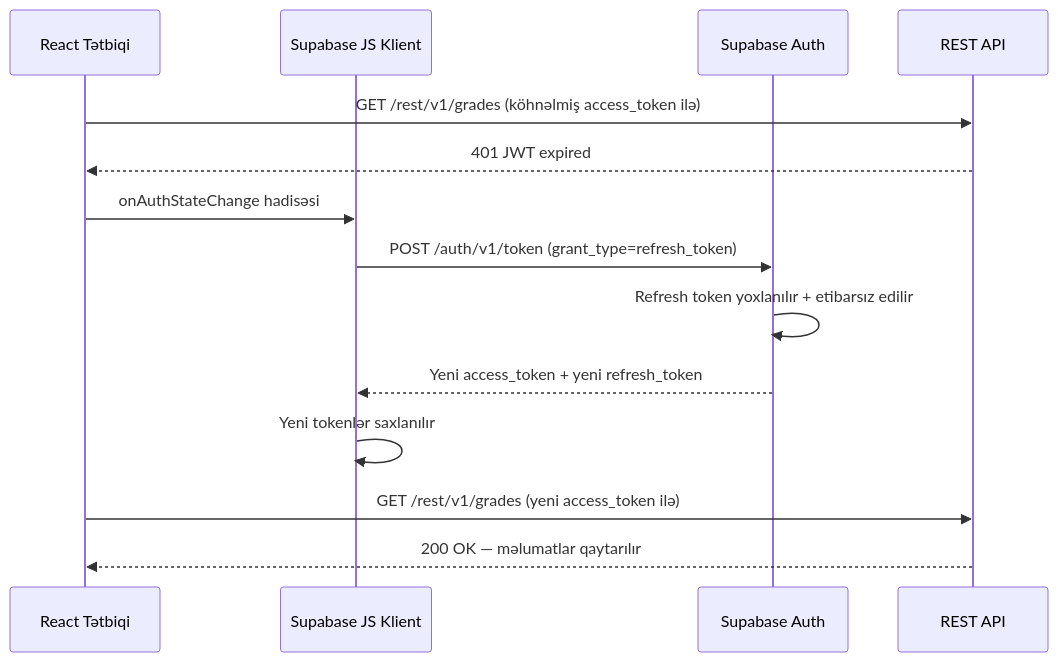
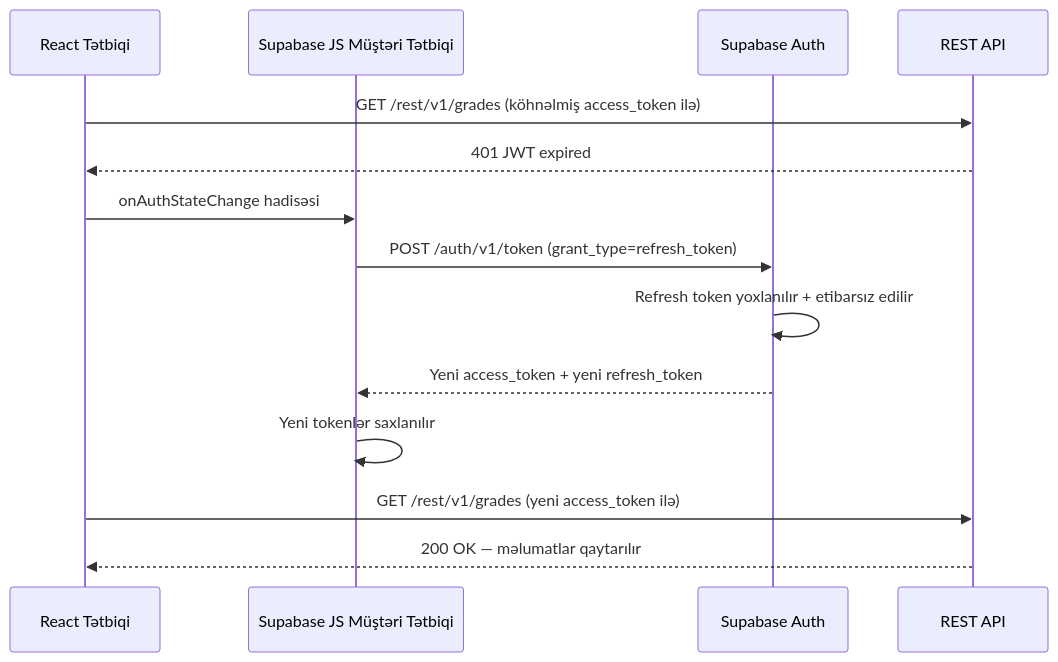
The second of 2 diagrams in ministry-submission/az/02-tehlukesizlik-arxitekturasi.md (sirbxueonline-arch/zekalo), drawn with Mermaid before and after one commit. The commit also changed other lines of this file and 7 other files, not shown here.

````diff
--- a/ministry-submission/az/02-tehlukesizlik-arxitekturasi.md
+++ b/ministry-submission/az/02-tehlukesizlik-arxitekturasi.md
@@ -657,19 +657,19 @@
 ```mermaid
 sequenceDiagram
     participant R as React Tətbiqi
-    participant SJ as Supabase JS Klient
+    participant SJ as Supabase JS Müştəri Tətbiqi
     participant SA as Supabase Auth
     participant API as REST API
 
     R->>API: GET /rest/v1/grades (köhnəlmiş access_token ilə)
     API-->>R: 401 JWT expired
 
     R->>SJ: onAuthStateChange hadisəsi
     SJ->>SA: POST /auth/v1/token (grant_type=refresh_token)
     SA->>SA: Refresh token yoxlanılır + etibarsız edilir
     SA-->>SJ: Yeni access_token + yeni refresh_token
     SJ->>SJ: Yeni tokenlər saxlanılır
 
     R->>API: GET /rest/v1/grades (yeni access_token ilə)
     API-->>R: 200 OK — məlumatlar qaytarılır
 ```
````
